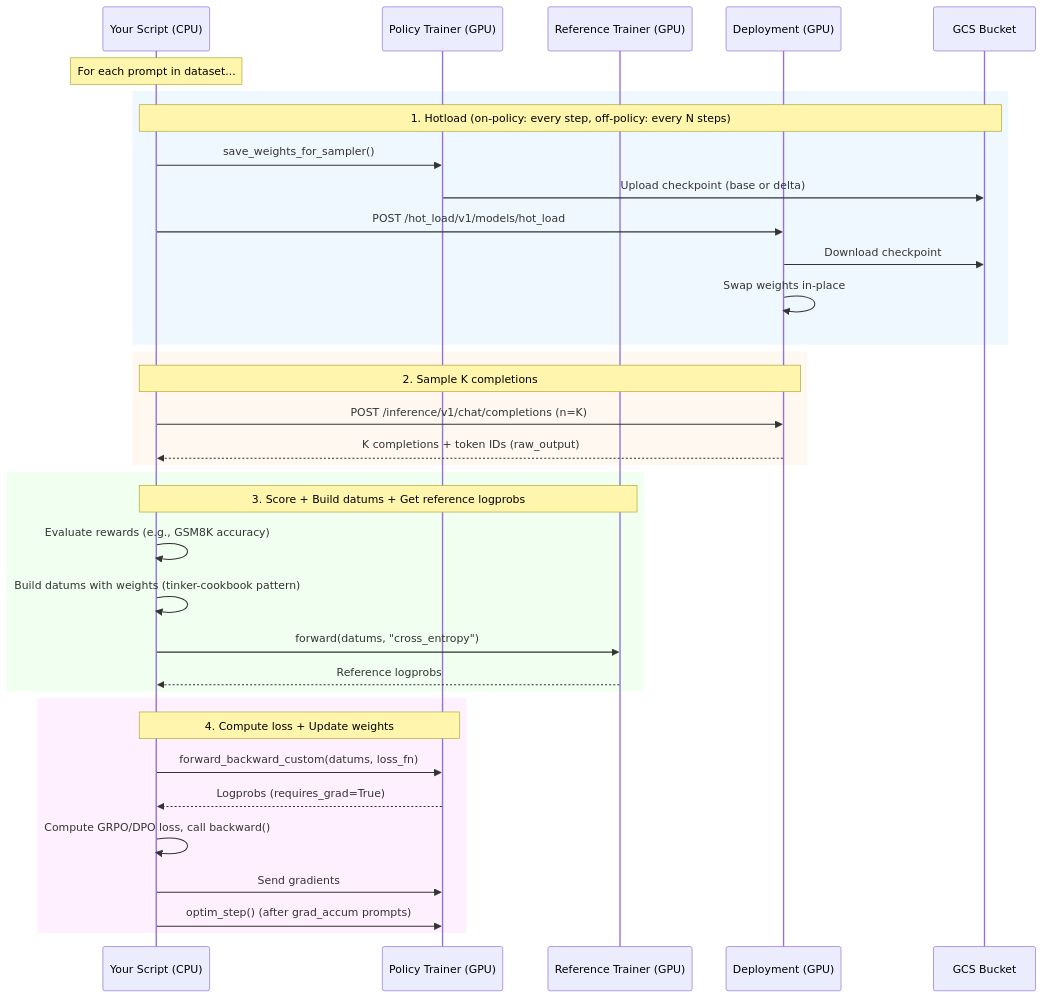
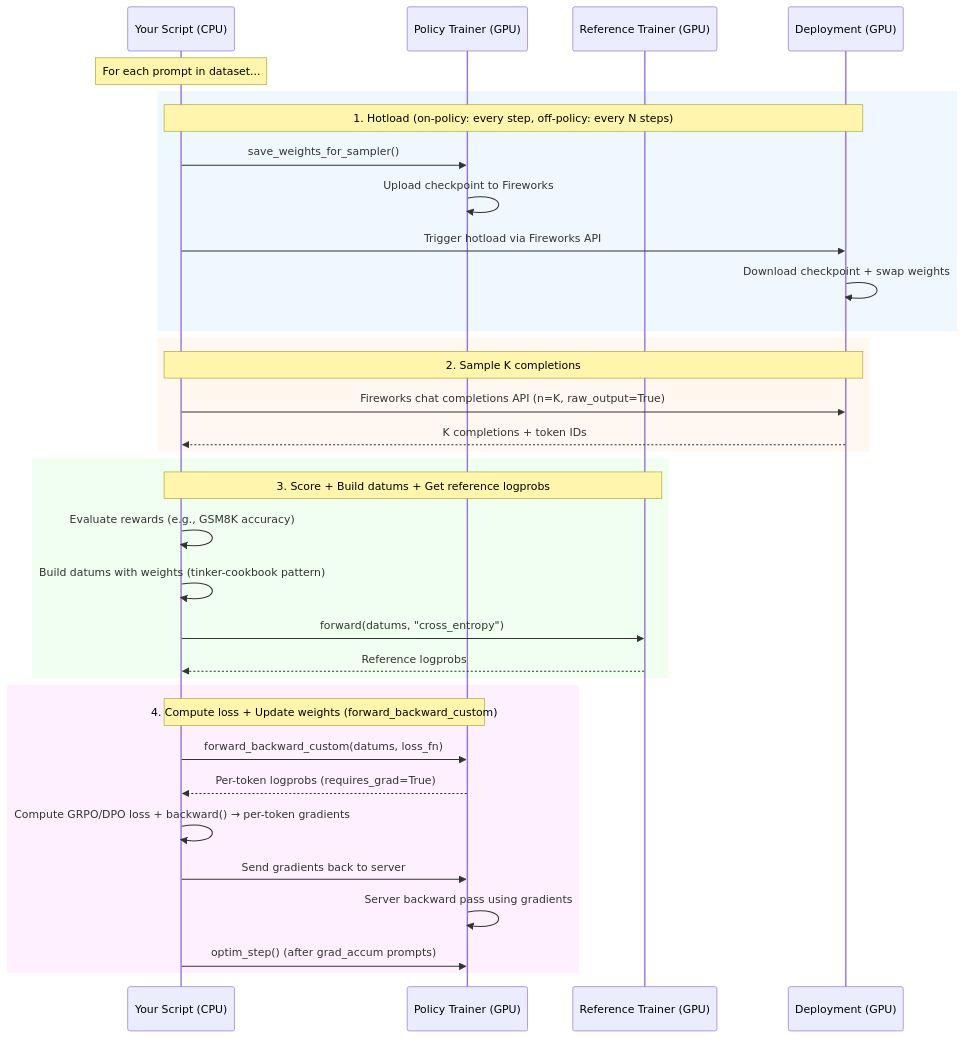
One commit to fw-ai-external/python-sdk changed the diagram in examples/training/README.md. Above: the diagram before and after it, drawn with Mermaid. The commit also changed other lines of this file and 6 other files, not shown here.

````diff
--- a/examples/training/README.md
+++ b/examples/training/README.md
@@ -60,42 +60,41 @@
 ```mermaid
 sequenceDiagram
     participant Script as Your Script (CPU)
     participant Policy as Policy Trainer (GPU)
     participant Ref as Reference Trainer (GPU)
     participant Deploy as Deployment (GPU)
-    participant GCS as GCS Bucket
 
     Note over Script: For each prompt in dataset...
 
     rect rgb(240, 248, 255)
-    Note over Script,GCS: 1. Hotload (on-policy: every step, off-policy: every N steps)
+    Note over Script,Deploy: 1. Hotload (on-policy: every step, off-policy: every N steps)
     Script->>Policy: save_weights_for_sampler()
-    Policy->>GCS: Upload checkpoint (base or delta)
-    Script->>Deploy: POST /hot_load/v1/models/hot_load
-    Deploy->>GCS: Download checkpoint
-    Deploy->>Deploy: Swap weights in-place
+    Policy->>Policy: Upload checkpoint to Fireworks
+    Script->>Deploy: Trigger hotload via Fireworks API
+    Deploy->>Deploy: Download checkpoint + swap weights
     end
 
     rect rgb(255, 248, 240)
     Note over Script,Deploy: 2. Sample K completions
-    Script->>Deploy: POST /inference/v1/chat/completions (n=K)
-    Deploy-->>Script: K completions + token IDs (raw_output)
+    Script->>Deploy: Fireworks chat completions API (n=K, raw_output=True)
+    Deploy-->>Script: K completions + token IDs
     end
 
     rect rgb(240, 255, 240)
     Note over Script,Ref: 3. Score + Build datums + Get reference logprobs
     Script->>Script: Evaluate rewards (e.g., GSM8K accuracy)
     Script->>Script: Build datums with weights (tinker-cookbook pattern)
     Script->>Ref: forward(datums, "cross_entropy")
     Ref-->>Script: Reference logprobs
     end
 
     rect rgb(255, 240, 255)
-    Note over Script,Policy: 4. Compute loss + Update weights
+    Note over Script,Policy: 4. Compute loss + Update weights (forward_backward_custom)
     Script->>Policy: forward_backward_custom(datums, loss_fn)
-    Policy-->>Script: Logprobs (requires_grad=True)
-    Script->>Script: Compute GRPO/DPO loss, call backward()
-    Script->>Policy: Send gradients
+    Policy-->>Script: Per-token logprobs (requires_grad=True)
+    Script->>Script: Compute GRPO/DPO loss + backward() → per-token gradients
+    Script->>Policy: Send gradients back to server
+    Policy->>Policy: Server backward pass using gradients
     Script->>Policy: optim_step() (after grad_accum prompts)
     end
 ```
````
